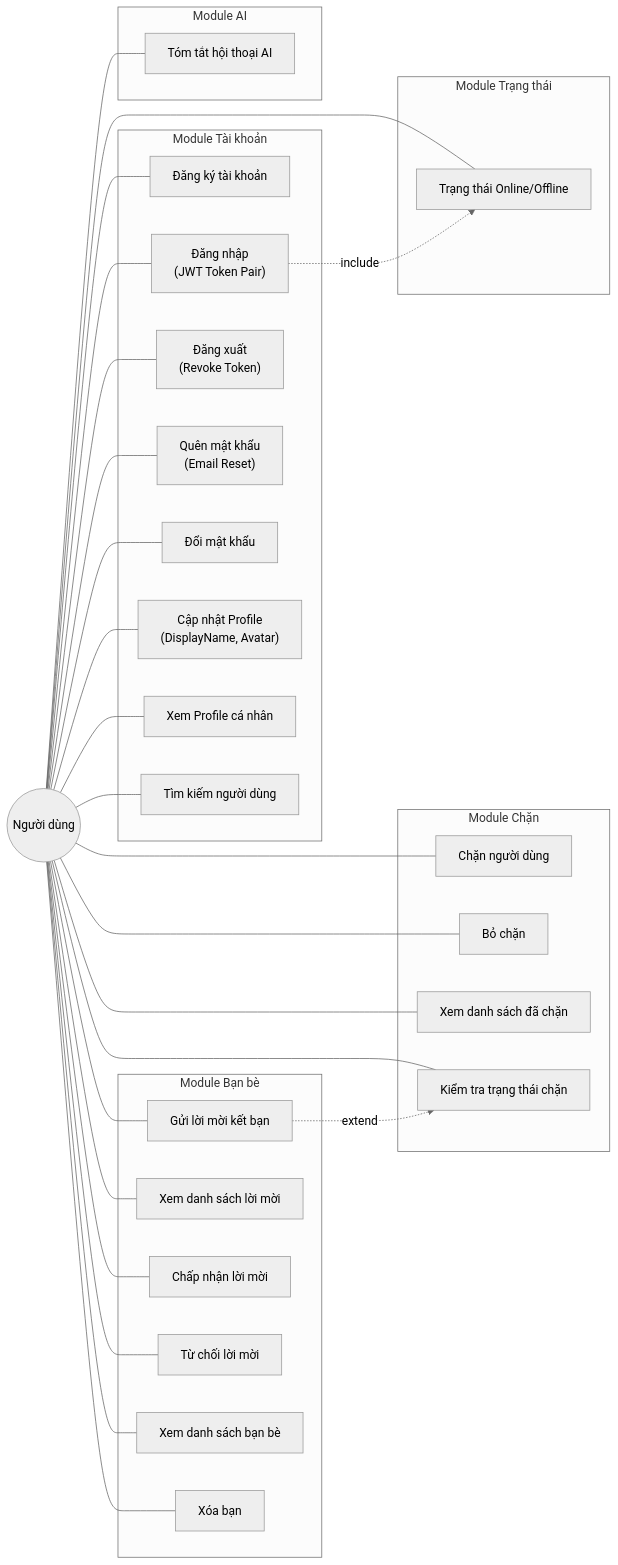
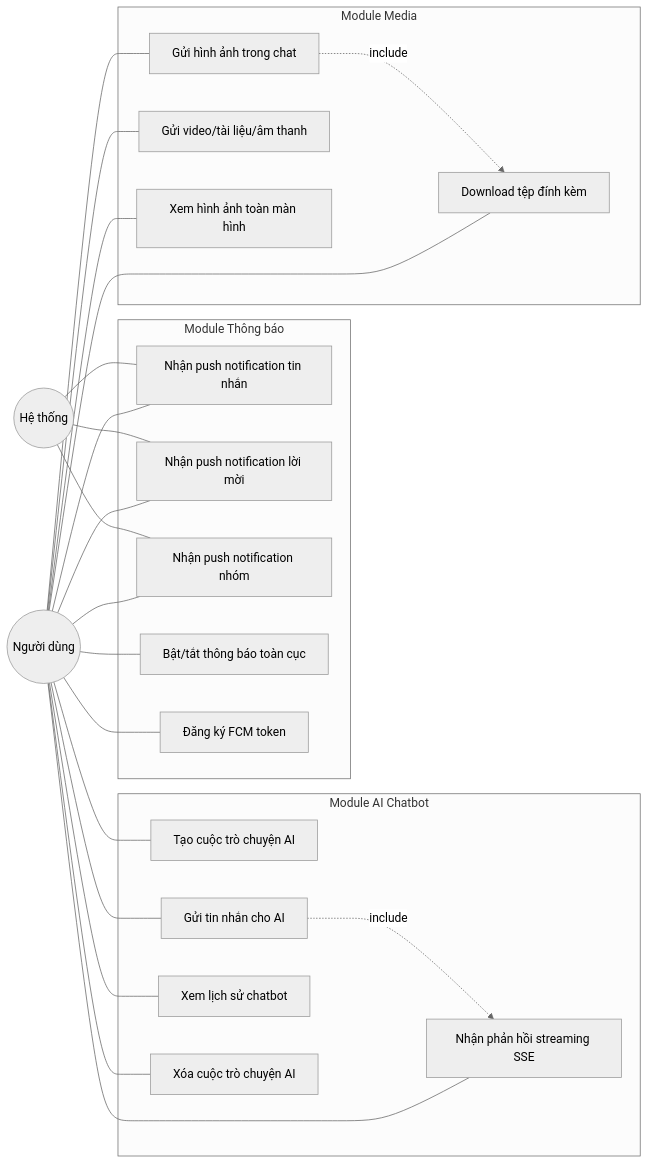
The third of 11 diagrams in bao_cao_thanh_vien_1.md (HiepNguyen284/chatapp), drawn with Mermaid (neutral theme) before and after one commit. The commit also changed other lines of this file and 4473 other files, not shown here.

````diff
--- a/bao_cao_thanh_vien_1.md
+++ b/bao_cao_thanh_vien_1.md
@@ -549,63 +391,50 @@
 ```mermaid
 graph LR
     User((Người dùng))
+    System((Hệ thống))
 
-    subgraph UC_Account["Module Tài khoản"]
-        UC1["Đăng ký tài khoản"]
-        UC2["Đăng nhập<br/>(JWT Token Pair)"]
-        UC3["Đăng xuất<br/>(Revoke Token)"]
-        UC4["Quên mật khẩu<br/>(Email Reset)"]
-        UC5["Đổi mật khẩu"]
-        UC6["Cập nhật Profile<br/>(DisplayName, Avatar)"]
-        UC7["Xem Profile cá nhân"]
-        UC8["Tìm kiếm người dùng"]
+    subgraph UC_Media["Module Media"]
+        UC1["Gửi hình ảnh trong chat"]
+        UC2["Gửi video/tài liệu/âm thanh"]
+        UC3["Xem hình ảnh toàn màn hình"]
+        UC4["Download tệp đính kèm"]
     end
 
-    subgraph UC_Friend["Module Bạn bè"]
-        UC9["Gửi lời mời kết bạn"]
-        UC10["Xem danh sách lời mời"]
-        UC11["Chấp nhận lời mời"]
-        UC12["Từ chối lời mời"]
-        UC13["Xem danh sách bạn bè"]
-        UC14["Xóa bạn"]
+    subgraph UC_Notify["Module Thông báo"]
+        UC5["Nhận push notification tin nhắn"]
+        UC6["Nhận push notification lời mời"]
+        UC7["Nhận push notification nhóm"]
+        UC8["Bật/tắt thông báo toàn cục"]
+        UC9["Đăng ký FCM token"]
     end
 
-    subgraph UC_Block["Module Chặn"]
-        UC15["Chặn người dùng"]
-        UC16["Bỏ chặn"]
-        UC17["Xem danh sách đã chặn"]
-        UC18["Kiểm tra trạng thái chặn"]
-    end
-
-    subgraph UC_Presence["Module Trạng thái"]
-        UC19["Trạng thái Online/Offline"]
-    end
-
-    subgraph UC_AI_Summary["Module AI"]
-        UC20["Tóm tắt hội thoại AI"]
+    subgraph UC_AI["Module AI Chatbot"]
+        UC10["Tạo cuộc trò chuyện AI"]
+        UC11["Gửi tin nhắn cho AI"]
+        UC12["Nhận phản hồi streaming SSE"]
+        UC13["Xem lịch sử chatbot"]
+        UC14["Xóa cuộc trò chuyện AI"]
     end
 
     User --- UC1
     User --- UC2
     User --- UC3
     User --- UC4
     User --- UC5
     User --- UC6
     User --- UC7
     User --- UC8
     User --- UC9
     User --- UC10
     User --- UC11
     User --- UC12
     User --- UC13
     User --- UC14
-    User --- UC15
-    User --- UC16
-    User --- UC17
-    User --- UC18
-    User --- UC19
-    User --- UC20
 
-    UC2 -.->|"include"| UC19
-    UC9 -.->|"extend"| UC18
+    System --- UC5
+    System --- UC6
+    System --- UC7
+
+    UC1 -.->|"include"| UC4
+    UC11 -.->|"include"| UC12
 ```
````
